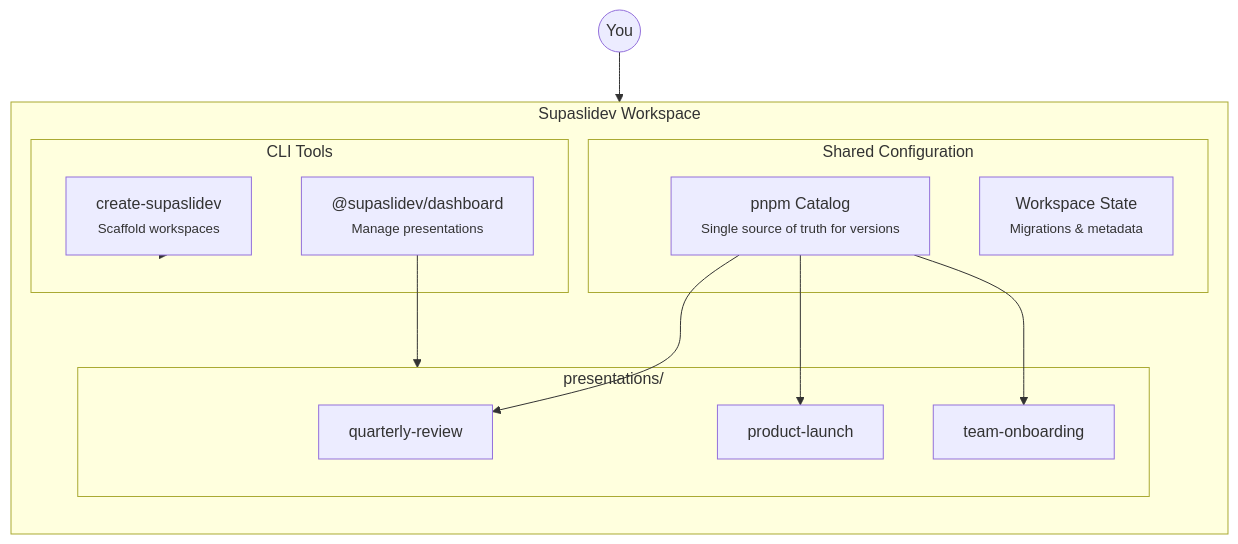
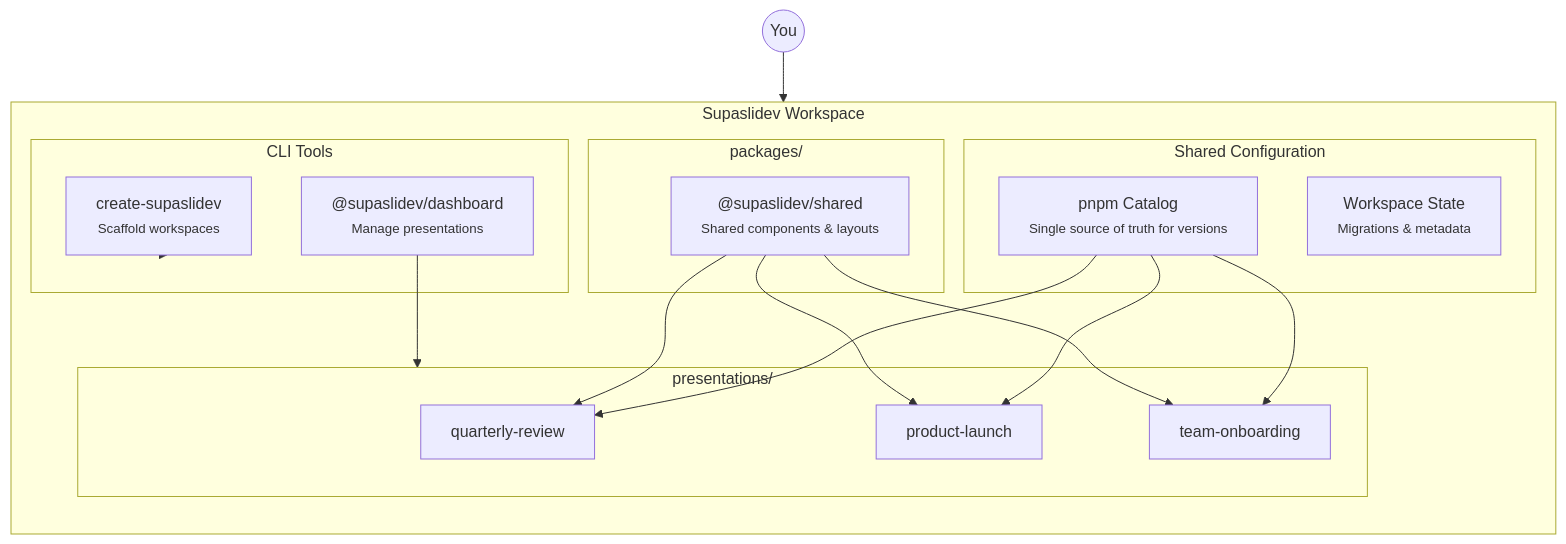
One commit to timdamen/SupaSliDev changed the diagram in docs/content/1.getting-started/1.introduction.md. Above: the diagram before and after it, drawn with Mermaid. The commit also changed other lines of this file and 13 other files, not shown here.

````diff
--- a/docs/content/1.getting-started/1.introduction.md
+++ b/docs/content/1.getting-started/1.introduction.md
@@ -27,31 +28,38 @@
 ```mermaid
 flowchart TB
     subgraph workspace["Supaslidev Workspace"]
         direction TB
 
         subgraph tools["CLI Tools"]
             create["create-supaslidev<br/><small>Scaffold workspaces</small>"]
             dashboard["@supaslidev/dashboard<br/><small>Manage presentations</small>"]
         end
 
         subgraph config["Shared Configuration"]
             catalog["pnpm Catalog<br/><small>Single source of truth for versions</small>"]
             state["Workspace State<br/><small>Migrations & metadata</small>"]
         end
 
+        subgraph packages["packages/"]
+            shared["@supaslidev/shared<br/><small>Shared components & layouts</small>"]
+        end
+
         subgraph presentations["presentations/"]
             p1["quarterly-review"]
             p2["product-launch"]
             p3["team-onboarding"]
         end
 
         catalog --> p1
         catalog --> p2
         catalog --> p3
+        shared --> p1
+        shared --> p2
+        shared --> p3
 
         dashboard --> presentations
     end
 
     user(("You")) --> tools
     tools --> workspace
 ```
````
